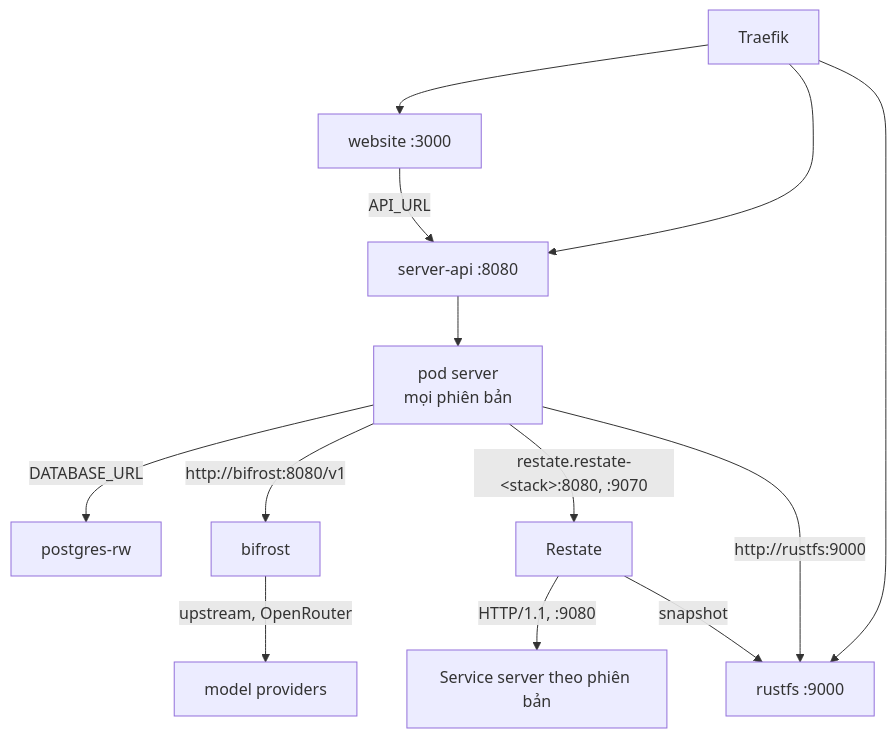
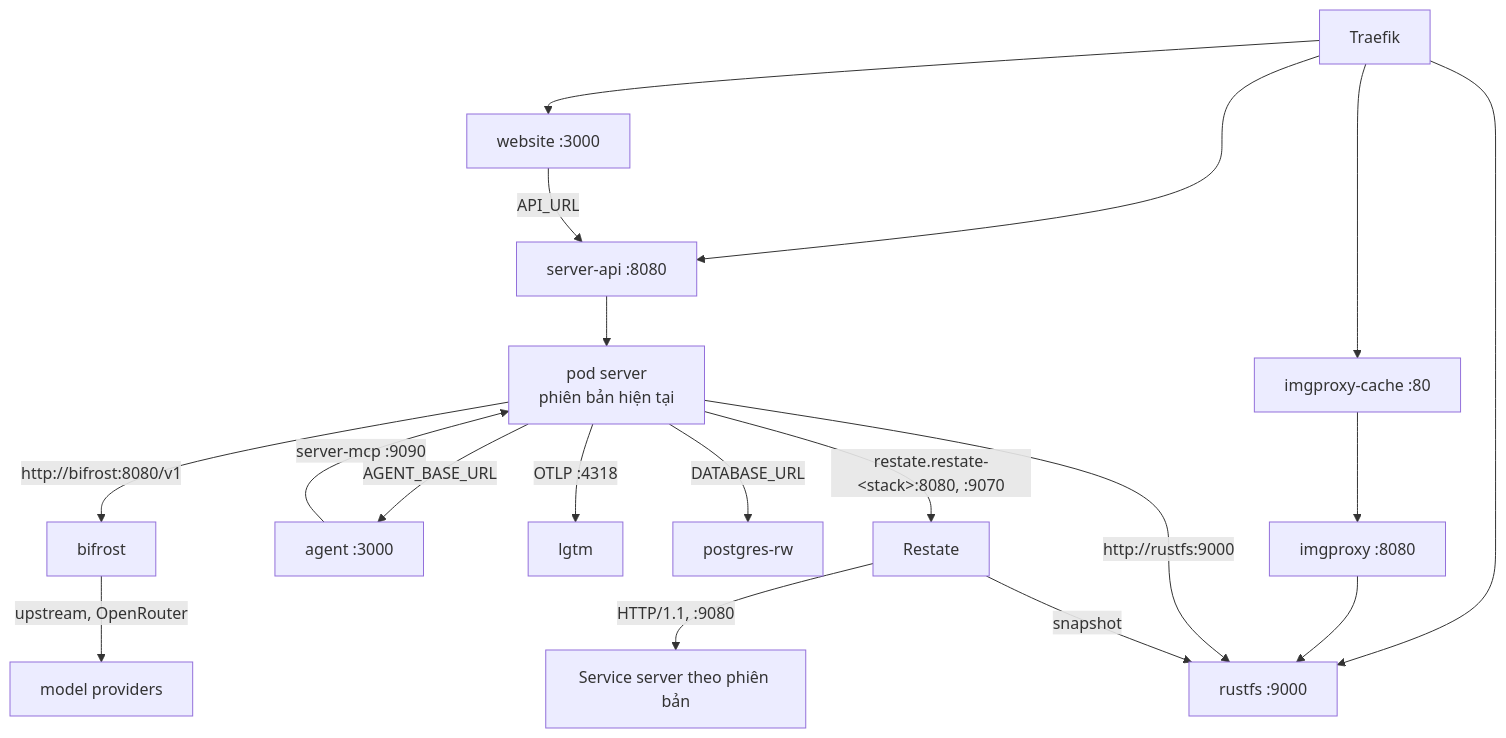
The second of 3 diagrams in web/src/content/docs/vi/operations/cluster/networking.mdx (shopnexus/docs), drawn with Mermaid before and after one commit. The commit also changed other lines of this file and 105 other files, not shown here.

````diff
--- a/web/src/content/docs/vi/operations/cluster/networking.mdx
+++ b/web/src/content/docs/vi/operations/cluster/networking.mdx
@@ -105,15 +112,20 @@
 ```mermaid title="Các lời gọi trong một stack"
 flowchart TB
   T["Traefik"] --> W["website :3000"]
   T --> SA["server-api :8080"]
   T --> RF["rustfs :9000"]
+  T --> IC["imgproxy-cache :80"]
+  IC --> IP["imgproxy :8080"] --> RF
   W -->|"API_URL"| SA
-  SA --> S1["pod server<br/>mọi phiên bản"]
+  SA --> S1["pod server<br/>phiên bản hiện tại"]
+  AG["agent :3000"] -->|"server-mcp :9090"| S1
+  S1 -->|"AGENT_BASE_URL"| AG
+  S1 -->|"OTLP :4318"| LG["lgtm"]
   S1 -->|"DATABASE_URL"| PG["postgres-rw"]
   S1 -->|"http://rustfs:9000"| RF
   S1 -->|"http://bifrost:8080/v1"| LL["bifrost"]
   LL -->|"upstream, OpenRouter"| EXT["model providers"]
   S1 -->|"restate.restate-#lt;stack#gt;:8080, :9070"| R["Restate"]
   R -->|"HTTP/1.1, :9080"| SV["Service server theo phiên bản"]
   R -->|"snapshot"| RF
 ```
````
